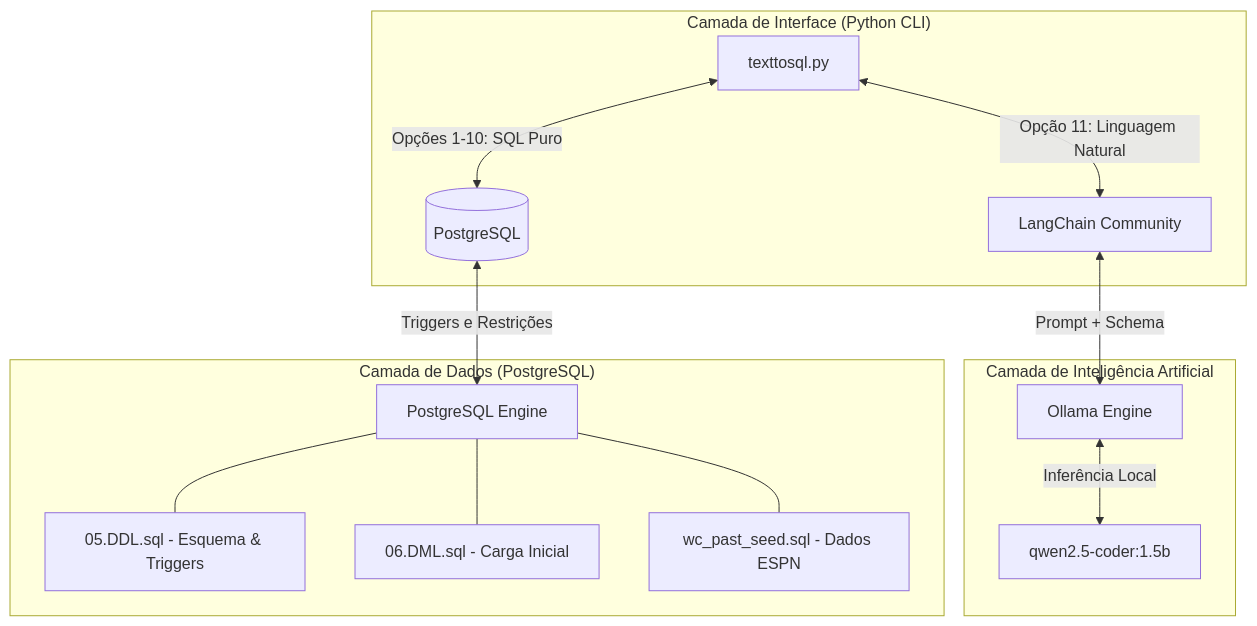
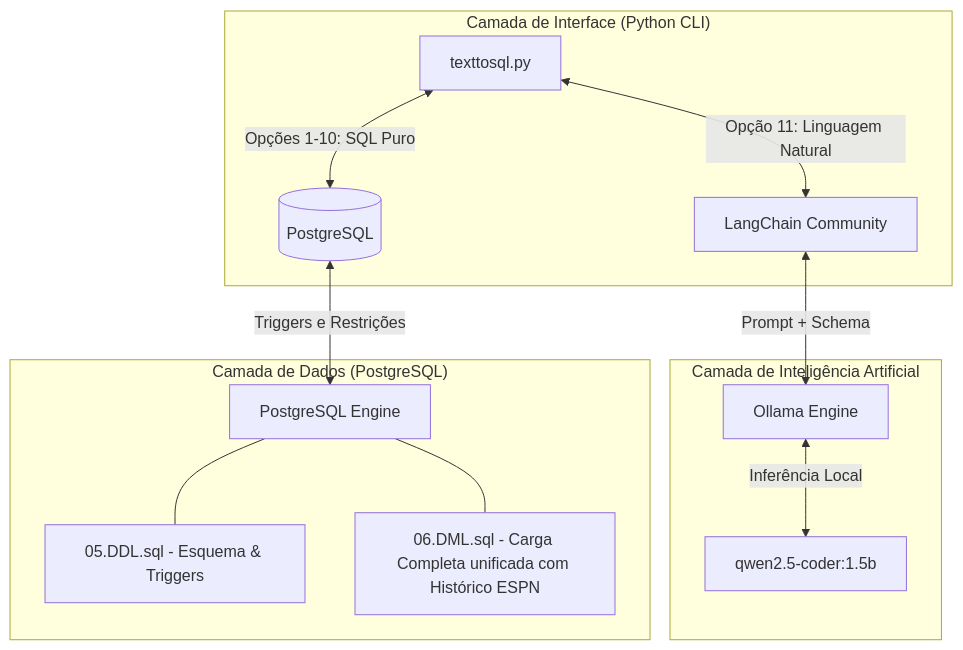
One commit to FenixCinzenta/base_de_dados_copa_do_mundo changed the diagram in README.md. Above: the diagram before and after it, drawn with Mermaid. The commit also changed other lines of this file and 1 other file, not shown here.

First line of the commit message:
docs: simplify installation steps by noting unified DML load

````diff
--- a/README.md
+++ b/README.md
@@ -15,19 +15,18 @@
 ```mermaid
 flowchart TD
     subgraph "Camada de Interface (Python CLI)"
         CLI[texttosql.py] <-->|Opções 1-10: SQL Puro| DB[(PostgreSQL)]
         CLI <-->|Opção 11: Linguagem Natural| LC[LangChain Community]
     end
     
     subgraph "Camada de Inteligência Artificial"
         LC <-->|Prompt + Schema| OLL[Ollama Engine]
         OLL <-->|Inferência Local| QW[qwen2.5-coder:1.5b]
     end
     
     subgraph "Camada de Dados (PostgreSQL)"
         DB <-->|Triggers e Restrições| Engine[PostgreSQL Engine]
         Engine --- DDL[05.DDL.sql - Esquema & Triggers]
-        Engine --- DML[06.DML.sql - Carga Inicial]
-        Engine --- SEED[wc_past_seed.sql - Dados ESPN]
+        Engine --- DML[06.DML.sql - Carga Completa unificada com Histórico ESPN]
     end
 ```
````
